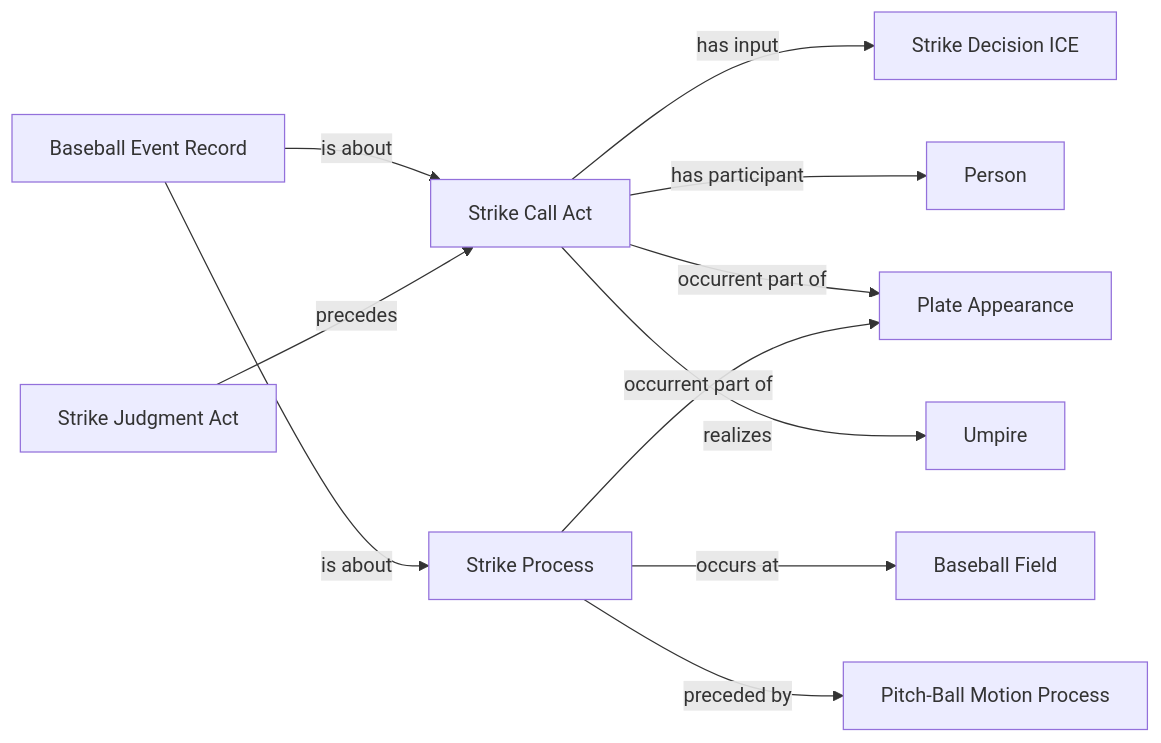
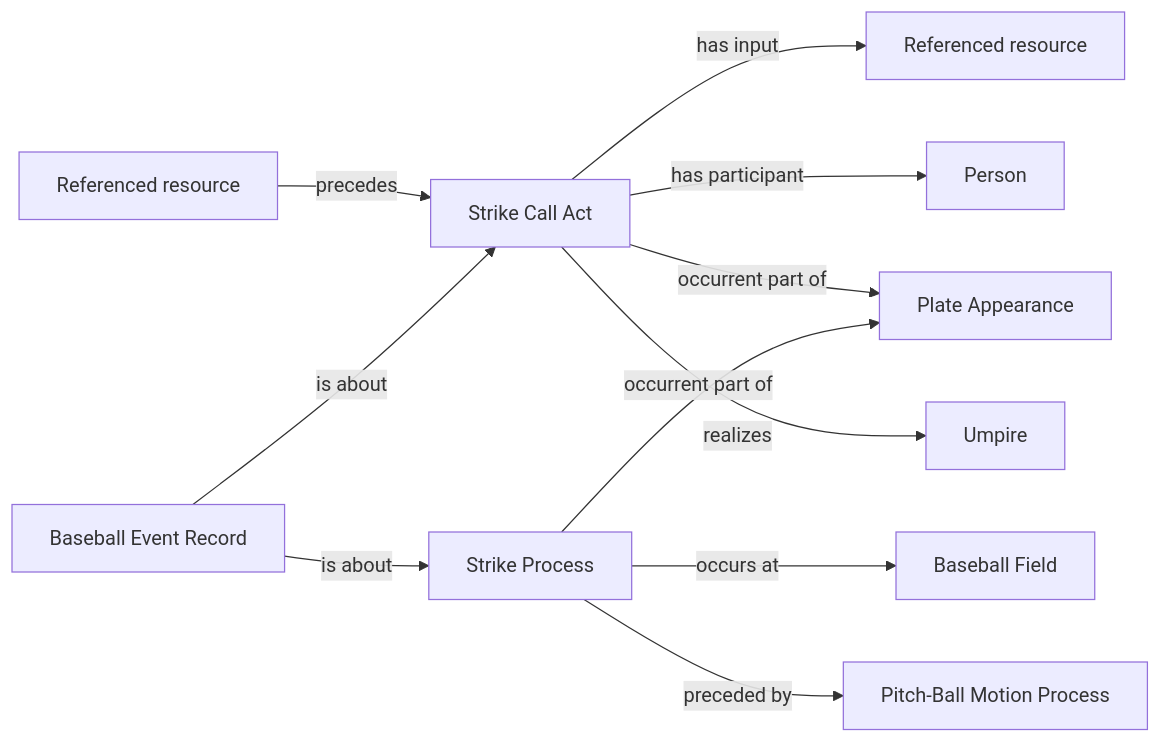
The diagram in Baseball/mermaid/patterns/ontology/14-called-strike.md (CarterBeauBenson/BaseballO), drawn with Mermaid before and after one commit. The commit also changed other lines of this file and 152 other files, not shown here.

````diff
--- a/Baseball/mermaid/patterns/ontology/14-called-strike.md
+++ b/Baseball/mermaid/patterns/ontology/14-called-strike.md
@@ -10,23 +10,23 @@
 ```mermaid
 flowchart LR
-    N01["Strike Call Act"]
-    N02["Strike Decision ICE"]
-    N03["Baseball Event Record"]
-    N04["Strike Judgment Act"]
+    N01["Referenced resource"]
+    N02["Referenced resource"]
+    N03["Strike Call Act"]
+    N04["Baseball Event Record"]
     N05["Plate Appearance"]
     N06["Pitch-Ball Motion Process"]
     N07["Strike Process"]
     N08["Person"]
     N09["Umpire"]
     N10["Baseball Field"]
-    N01 -->|has input| N02
-    N01 -->|has participant| N08
-    N01 -->|occurrent part of| N05
-    N01 -->|realizes| N09
-    N03 -->|is about| N01
-    N03 -->|is about| N07
-    N04 -->|precedes| N01
+    N02 -->|precedes| N03
+    N03 -->|has input| N01
+    N03 -->|has participant| N08
+    N03 -->|occurrent part of| N05
+    N03 -->|realizes| N09
+    N04 -->|is about| N03
+    N04 -->|is about| N07
     N07 -->|occurrent part of| N05
     N07 -->|occurs at| N10
     N07 -->|preceded by| N06
 ```
````
